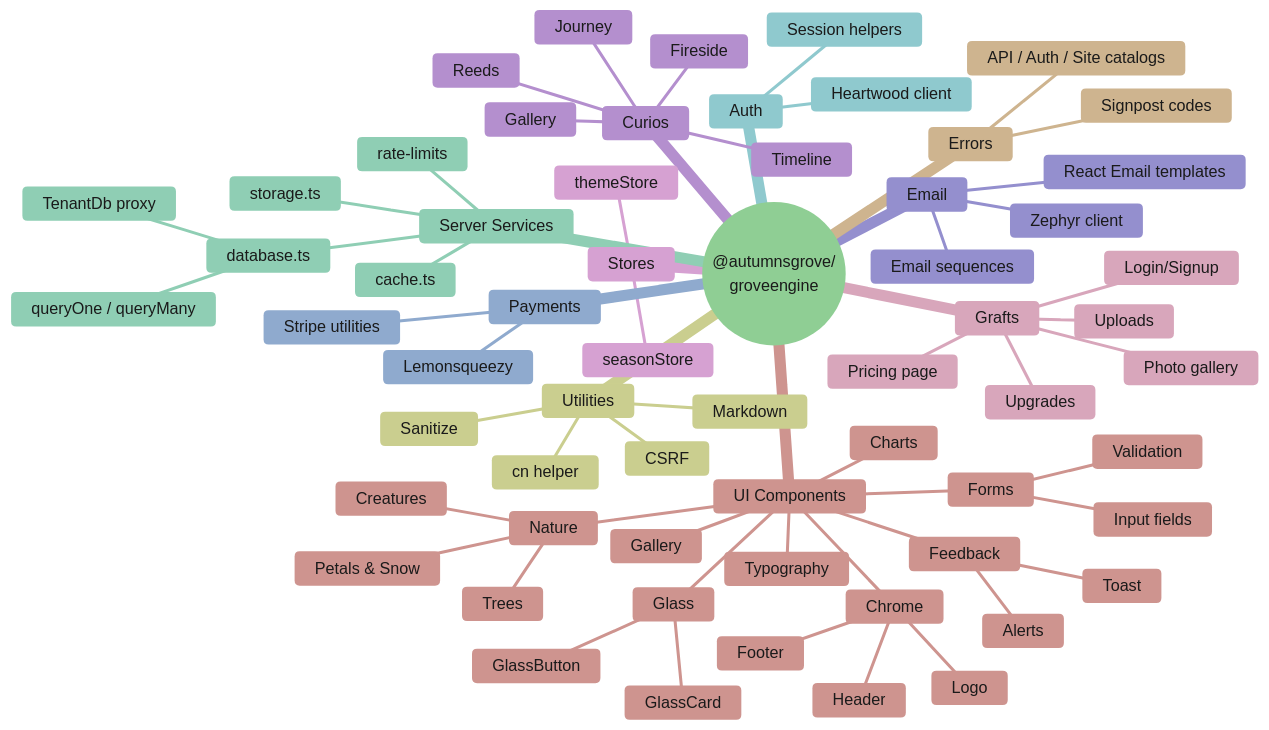
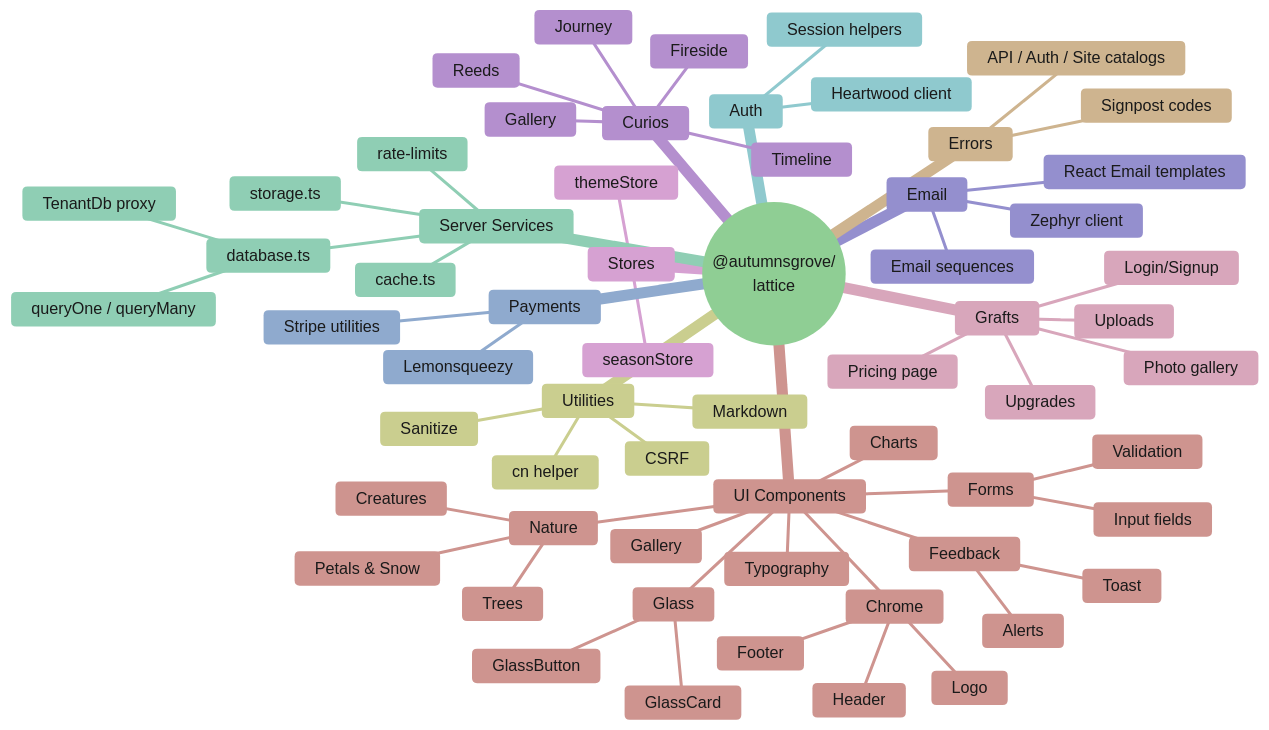
Before and after one commit to AutumnsGrove/Lattice: diagram 11 of 14 in docs/developer/architecture/diagrams.md, drawn with Mermaid. The commit also changed 620 other files, not shown here.

Commit message:
feat(engine): rename @autumnsgrove/groveengine to @autumnsgrove/lattice

````diff
--- a/docs/developer/architecture/diagrams.md
+++ b/docs/developer/architecture/diagrams.md
@@ -586,66 +586,66 @@
 ```mermaid
 %%{init: {'theme': 'base', 'themeVariables': {'primaryColor': '#e8f5e9', 'primaryTextColor': '#1a1a1a', 'primaryBorderColor': '#2e7d32', 'lineColor': '#2e7d32', 'background': '#ffffff'}}}%%
 mindmap
-    root(("@autumnsgrove/<br/>groveengine"))
+    root(("@autumnsgrove/<br/>lattice"))
         UI Components
             Chrome
                 Header
                 Footer
                 Logo
             Glass
                 GlassCard
                 GlassButton
             Forms
                 Input fields
                 Validation
             Nature
                 Trees
                 Creatures
                 Petals & Snow
             Typography
             Charts
             Gallery
             Feedback
                 Toast
                 Alerts
         Stores
             seasonStore
             themeStore
         Server Services
             database.ts
                 queryOne / queryMany
                 TenantDb proxy
             cache.ts
             storage.ts
             rate-limits
         Auth
             Heartwood client
             Session helpers
         Payments
             Stripe utilities
             Lemonsqueezy
         Email
             Zephyr client
             React Email templates
             Email sequences
         Curios
             Timeline
             Gallery
             Journey
             Reeds
             Fireside
         Grafts
             Pricing page
             Login/Signup
             Upgrades
             Photo gallery
             Uploads
         Errors
             Signpost codes
             API / Auth / Site catalogs
         Utilities
             cn helper
             CSRF
             Sanitize
             Markdown
 ```
````
